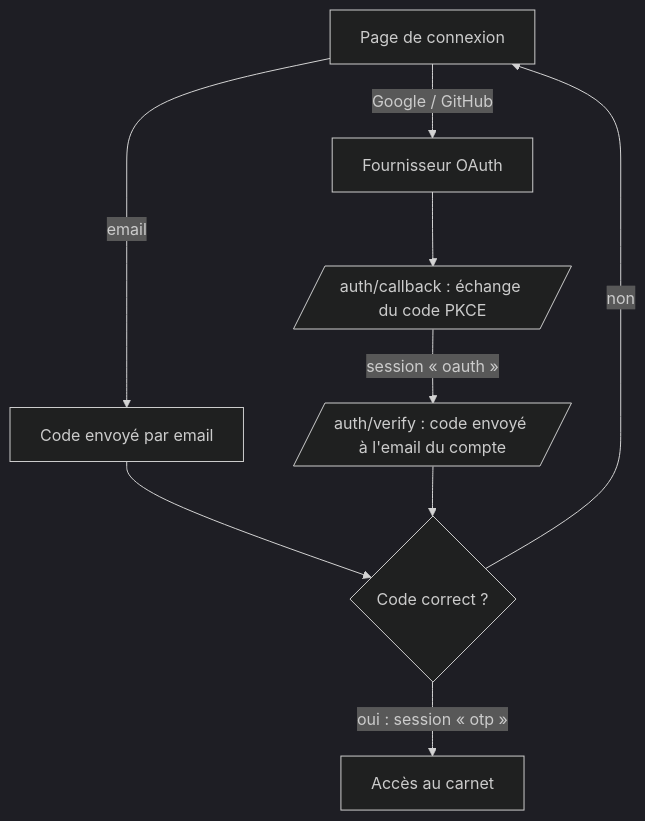
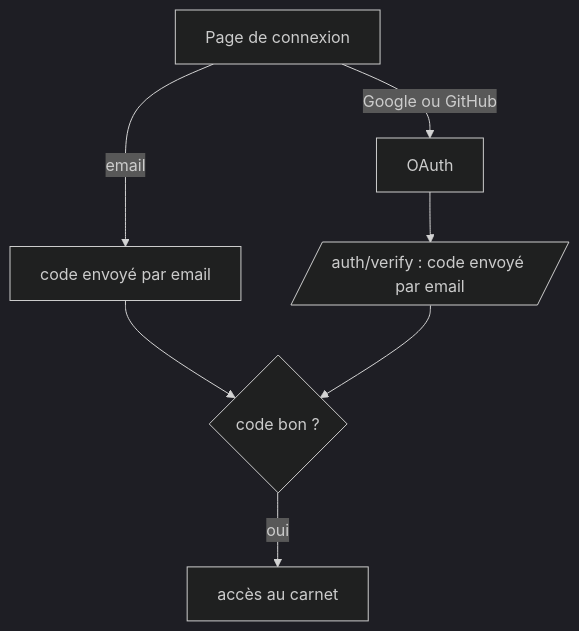
The fourth of 4 diagrams in docs/ARCHITECTURE.md (Othmanebke/O-Flyes), drawn with Mermaid (dark theme) before and after one commit. The commit also changed other lines of this file and 3 other files, not shown here.

````diff
--- a/docs/ARCHITECTURE.md
+++ b/docs/ARCHITECTURE.md
@@ -213,11 +176,8 @@
 ```mermaid
 flowchart TD
-    A[Page de connexion] -->|email| B[Code envoyé par email]
-    A -->|Google / GitHub| C[Fournisseur OAuth]
-    C --> D[/auth/callback : échange du code PKCE/]
-    D -->|session « oauth »| E[/auth/verify : code envoyé à l'email du compte/]
-    B --> F{Code correct ?}
-    E --> F
-    F -->|oui : session « otp »| G[Accès au carnet]
-    F -->|non| A
+    A[Page de connexion] -->|email| B[code envoyé par email]
+    A -->|Google ou GitHub| C[OAuth] --> D[/auth/verify : code envoyé par email/]
+    B --> E{code bon ?}
+    D --> E
+    E -->|oui| F[accès au carnet]
 ```
````
